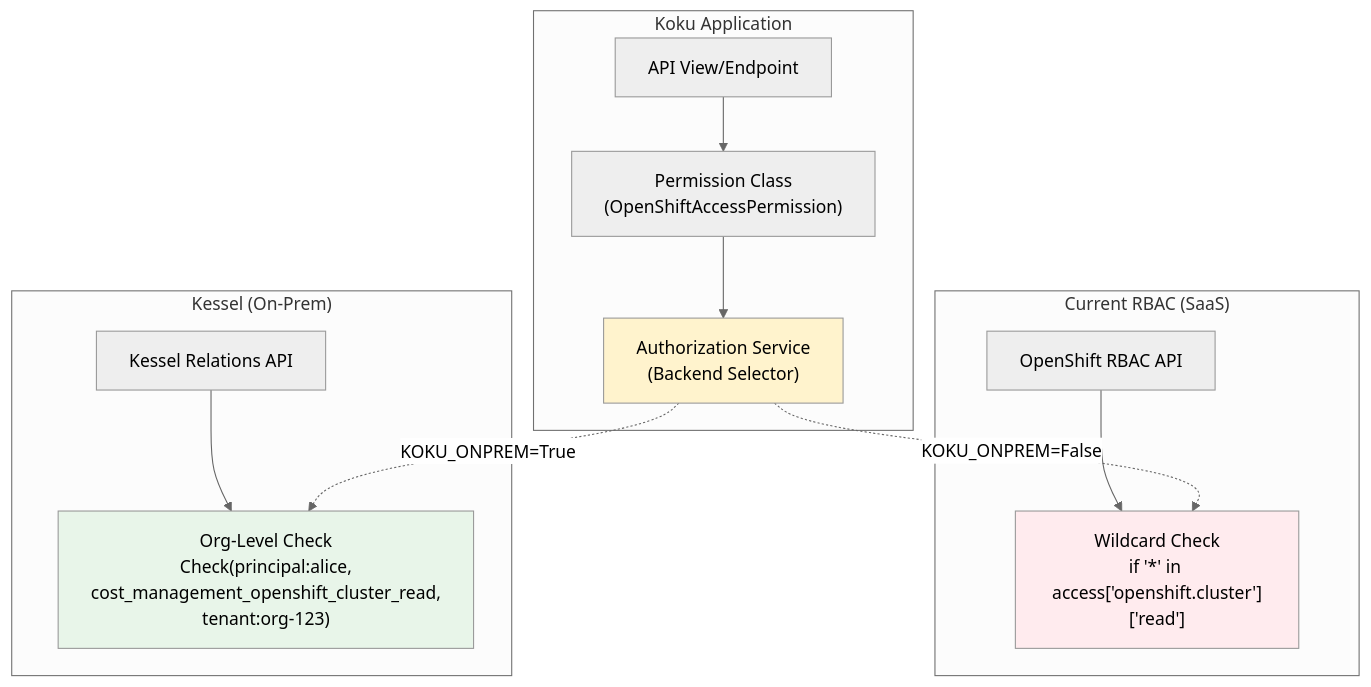
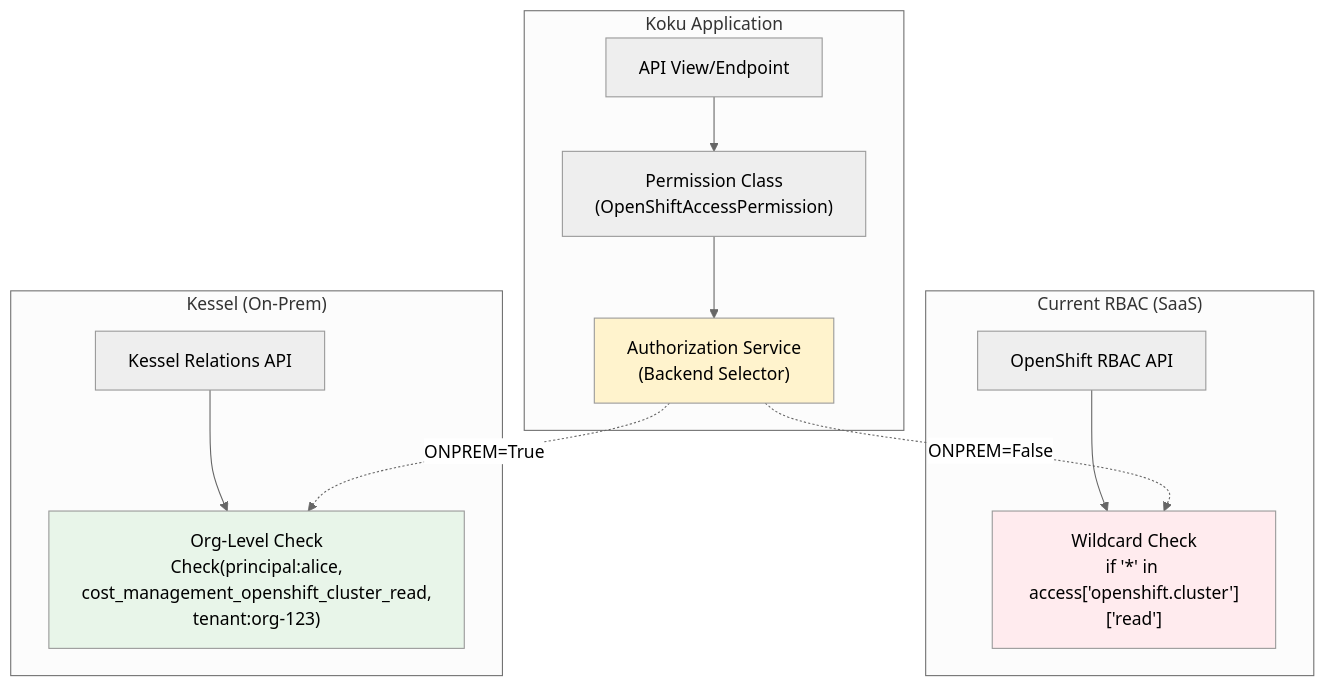
Before and after one commit to project-koku/koku: diagram 11 of 12 in docs/architecture/kessel-integration/kessel-ocp-integration.md, drawn with Mermaid (neutral theme). The commit also changed other lines of this file and 2 other files, not shown here.

First line of the commit message:
docs: add supporting docs for Kessel OCP integration HLD

````diff
--- a/docs/architecture/kessel-integration/kessel-ocp-integration.md
+++ b/docs/architecture/kessel-integration/kessel-ocp-integration.md
@@ -850,29 +861,29 @@
 ```mermaid
 graph TB
     subgraph "Koku Application"
         View[API View/Endpoint]
         PermClass["Permission Class<br/>(OpenShiftAccessPermission)"]
         AuthService["Authorization Service<br/>(Backend Selector)"]
     end
     
     subgraph "Current RBAC (SaaS)"
         RBACApi[OpenShift RBAC API]
         RBACCheck["Wildcard Check<br/>if '*' in access['openshift.cluster']['read']"]
         RBACApi --> RBACCheck
     end
     
     subgraph "Kessel (On-Prem)"
         KesselApi[Kessel Relations API]
         KesselCheck["Org-Level Check<br/>Check(principal:alice,<br/>cost_management_openshift_cluster_read,<br/>tenant:org-123)"]
         KesselApi --> KesselCheck
     end
     
     View --> PermClass
     PermClass --> AuthService
-    AuthService -.->|KOKU_ONPREM=False| RBACCheck
-    AuthService -.->|KOKU_ONPREM=True| KesselCheck
+    AuthService -.->|ONPREM=False| RBACCheck
+    AuthService -.->|ONPREM=True| KesselCheck
     
     style AuthService fill:#fff3cd
     style RBACCheck fill:#ffebee
     style KesselCheck fill:#e8f5e9
 ```
````
